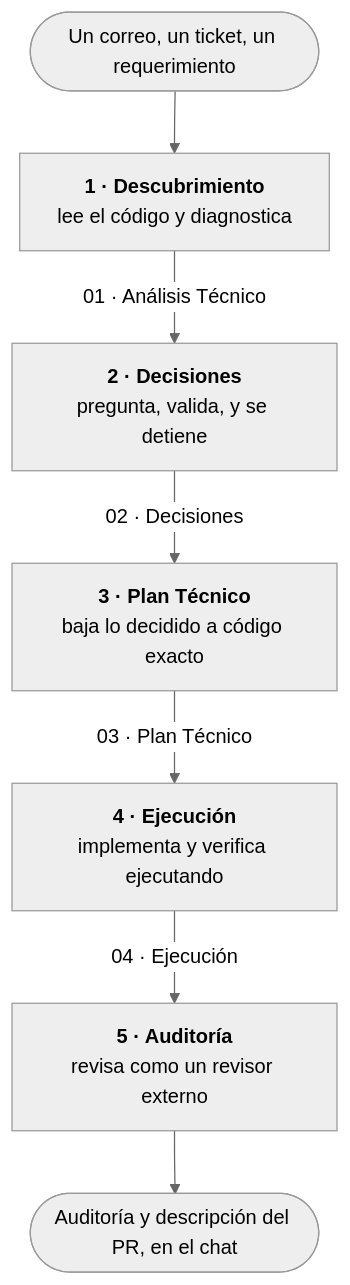
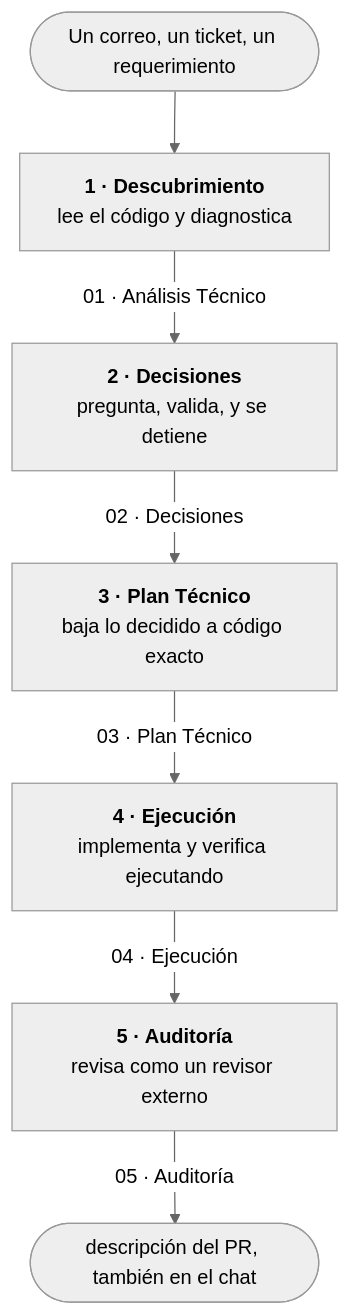
The diagram in README.es.md (Montse2308/mcp-phase-gate), drawn with Mermaid (neutral theme) before and after one commit. The commit also changed other lines of this file and 3 other files, not shown here.

````diff
--- a/README.es.md
+++ b/README.es.md
@@ -15,15 +15,15 @@
 ```mermaid
 flowchart TD
     R([Un correo, un ticket, un requerimiento]) --> F1
     F1["<b>1 · Descubrimiento</b><br/>lee el código y diagnostica"]
     F2["<b>2 · Decisiones</b><br/>pregunta, valida, y se detiene"]
     F3["<b>3 · Plan Técnico</b><br/>baja lo decidido a código exacto"]
     F4["<b>4 · Ejecución</b><br/>implementa y verifica ejecutando"]
     F5["<b>5 · Auditoría</b><br/>revisa como un revisor externo"]
 
     F1 -- "01 · Análisis Técnico" --> F2
     F2 -- "02 · Decisiones" --> F3
     F3 -- "03 · Plan Técnico" --> F4
     F4 -- "04 · Ejecución" --> F5
-    F5 --> PR([Auditoría y descripción del PR, en el chat])
+    F5 -- "05 · Auditoría" --> PR([descripción del PR, también en el chat])
 ```
````
